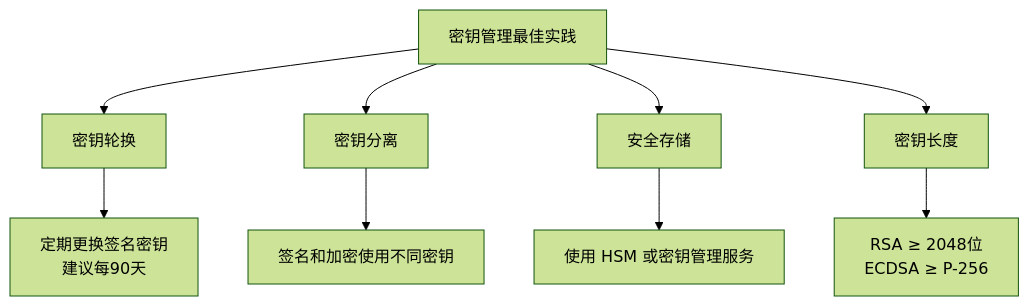
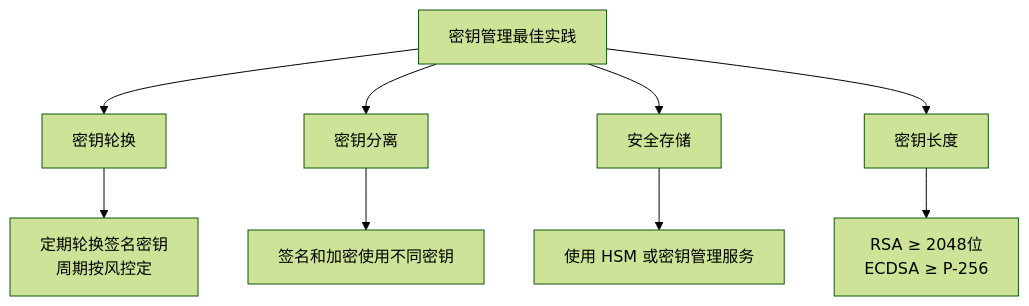
The seventh of 7 diagrams in docs/_posts/jwt-jws-jwe-guide.md (zhaofutao04/zblog), drawn with Mermaid (forest theme) before and after one commit. The commit also changed other lines of this file and 23 other files, not shown here.

````diff
--- a/docs/_posts/jwt-jws-jwe-guide.md
+++ b/docs/_posts/jwt-jws-jwe-guide.md
@@ -495,12 +509,12 @@
 ```mermaid
 flowchart TB
     A["密钥管理最佳实践"] --> B["密钥轮换"]
     A --> C["密钥分离"]
     A --> D["安全存储"]
     A --> E["密钥长度"]
 
-    B --> B1["定期更换签名密钥<br/>建议每90天"]
+    B --> B1["定期轮换签名密钥<br/>周期按风控定"]
     C --> C1["签名和加密使用不同密钥"]
     D --> D1["使用 HSM 或密钥管理服务"]
     E --> E1["RSA ≥ 2048位<br/>ECDSA ≥ P-256"]
 ```
````
